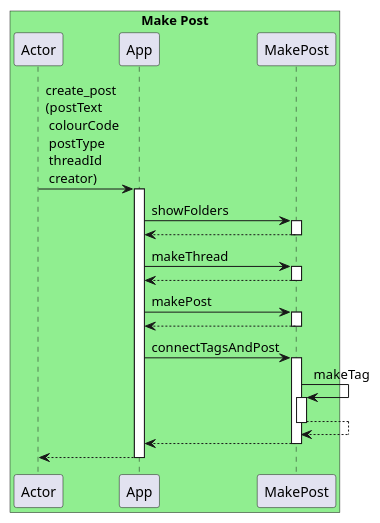
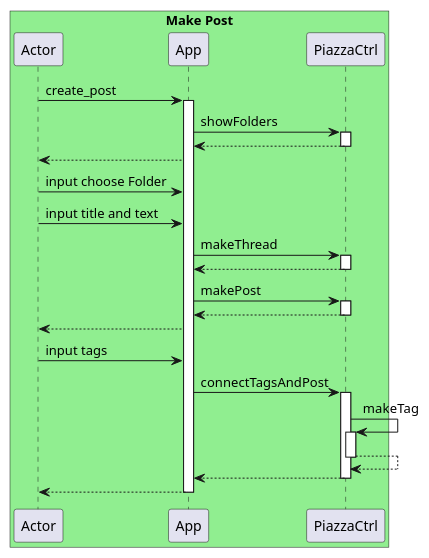
The diagram in MakePostSequenceDiagram.puml (jonatanr2000/databaseprojsekt-del2), drawn with PlantUML before and after one commit. The commit also changed 7 other files, not shown here.

```diff
--- a/MakePostSequenceDiagram.puml
+++ b/MakePostSequenceDiagram.puml
@@ -1,27 +1,32 @@
 @startuml
 box "Make Post" #lightgreen
 participant Actor
-Actor -> App : create_post \n(postText \n colourCode \n postType \n threadId \n creator)
+Actor -> App : create_post
 activate App
-App -> MakePost : showFolders
-activate MakePost
-MakePost --> App
-deactivate MakePost
-App -> MakePost : makeThread
-activate MakePost
-MakePost --> App
-deactivate MakePost
-App -> MakePost : makePost
-activate MakePost
-MakePost --> App
-deactivate MakePost
-App -> MakePost : connectTagsAndPost
-activate MakePost
-MakePost -> MakePost : makeTag
-activate MakePost
-MakePost --> MakePost
-deactivate MakePost
-MakePost --> App
-deactivate MakePost 
+App ->  PiazzaCtrl: showFolders
+activate PiazzaCtrl
+PiazzaCtrl --> App
+deactivate PiazzaCtrl
+App --> Actor
+Actor -> App: input choose Folder
+Actor -> App: input title and text
+App -> PiazzaCtrl : makeThread
+activate PiazzaCtrl
+PiazzaCtrl --> App
+deactivate PiazzaCtrl
+App -> PiazzaCtrl : makePost
+activate PiazzaCtrl
+PiazzaCtrl --> App
+deactivate PiazzaCtrl
+App --> Actor
+Actor -> App: input tags
+App -> PiazzaCtrl : connectTagsAndPost
+activate PiazzaCtrl
+PiazzaCtrl -> PiazzaCtrl : makeTag
+activate PiazzaCtrl
+PiazzaCtrl --> PiazzaCtrl
+deactivate PiazzaCtrl
+PiazzaCtrl --> App
+deactivate PiazzaCtrl
 return
 @enduml
```
